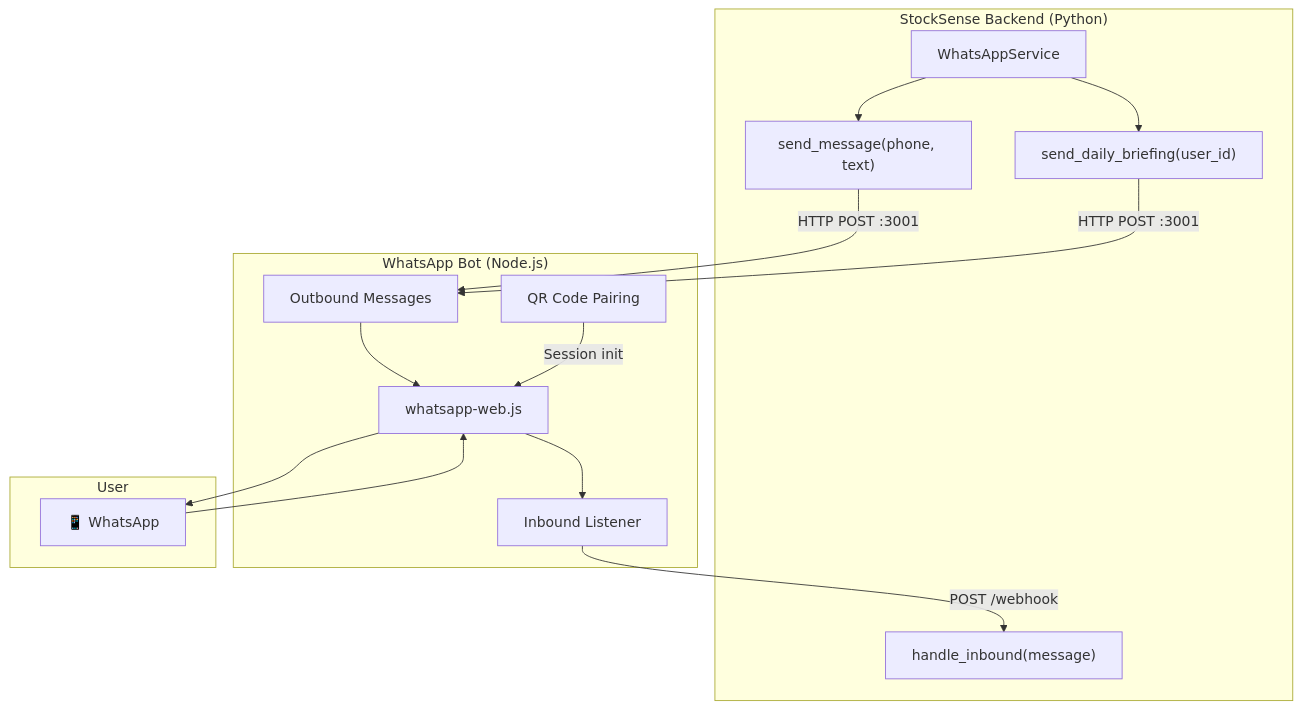
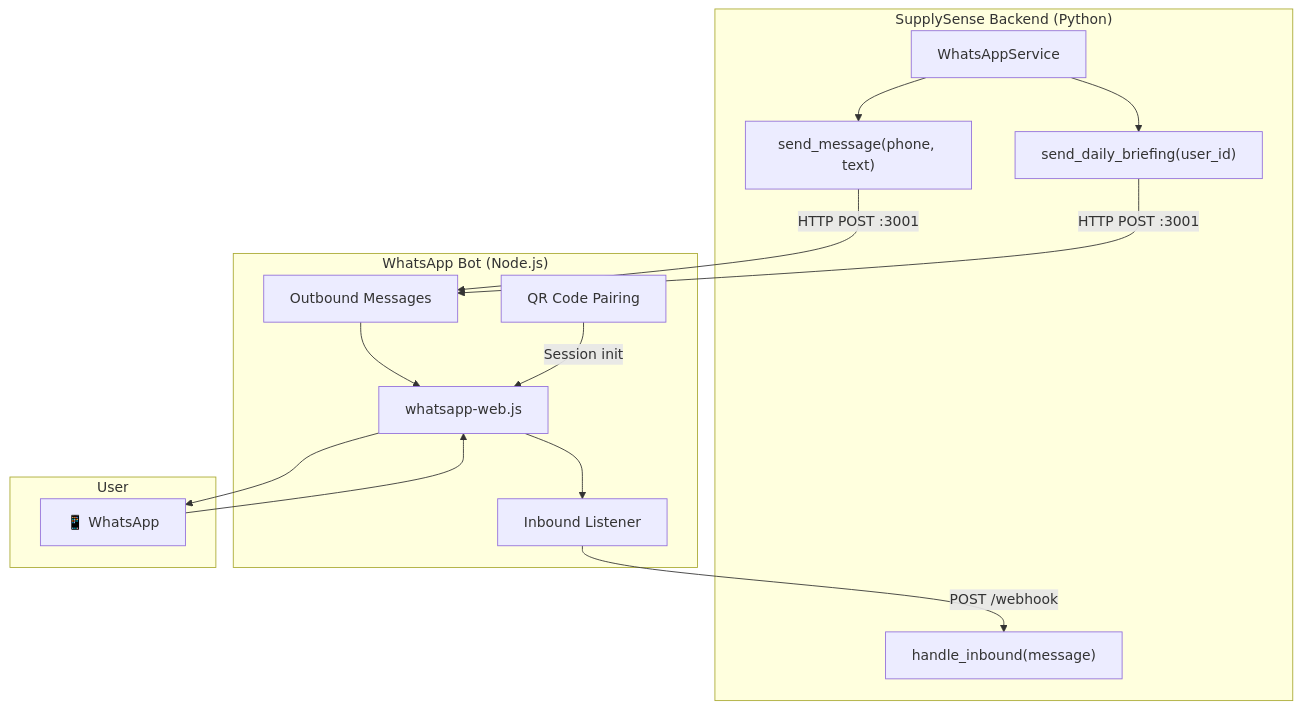
One commit to ARYAN10227/SupplySense changed the tenth of 13 diagrams in docs/HLD_mermaid.md. Above: the diagram before and after it, drawn with Mermaid. The commit also changed other lines of this file and 42 other files, not shown here.

First line of the commit message:
docs: fix README, add DEPLOYMENT.md and CI, unify SupplySense naming

````diff
--- a/docs/HLD_mermaid.md
+++ b/docs/HLD_mermaid.md
@@ -489,29 +489,29 @@
 ```mermaid
 flowchart TD
-    subgraph PythonBackend["StockSense Backend (Python)"]
+    subgraph PythonBackend["SupplySense Backend (Python)"]
         WA_SVC["WhatsAppService"]
         SEND["send_message(phone, text)"]
         BRIEF["send_daily_briefing(user_id)"]
         HANDLE["handle_inbound(message)"]
     end
 
     subgraph NodeSidecar["WhatsApp Bot (Node.js)"]
         WAWEB["whatsapp-web.js"]
         QR["QR Code Pairing"]
         OUTBOUND["Outbound Messages"]
         INBOUND["Inbound Listener"]
     end
 
     subgraph User["User"]
         PHONE["📱 WhatsApp"]
     end
 
     WA_SVC --> SEND
     WA_SVC --> BRIEF
     SEND -->|"HTTP POST :3001"| OUTBOUND
     BRIEF -->|"HTTP POST :3001"| OUTBOUND
     OUTBOUND --> WAWEB --> PHONE
     PHONE --> WAWEB --> INBOUND
     INBOUND -->|"POST /webhook"| HANDLE
     QR -->|"Session init"| WAWEB
 ```
````
